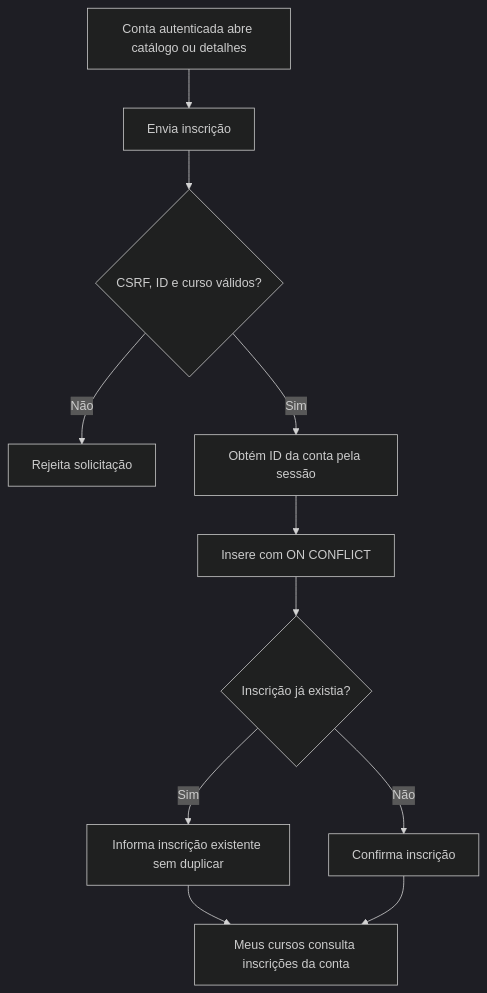
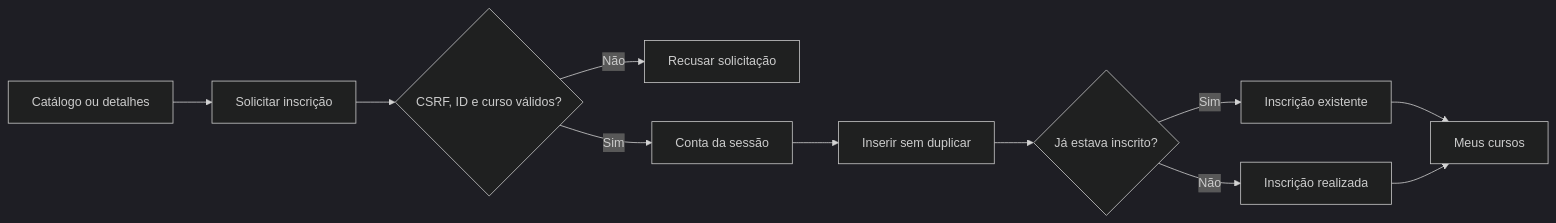
The fifth of 21 diagrams in diagrama.md (Matheus-Talasso-Gil/Impulsos-Cursos), drawn with Mermaid (dark theme) before and after one commit. The commit also changed other lines of this file and 1 other file, not shown here.

Commit message:
Atualizando o diagrama e criando o product backlog

````diff
--- a/diagrama.md
+++ b/diagrama.md
@@ -135,13 +162,13 @@
 ```mermaid
-flowchart TD
-    A[Conta autenticada abre catálogo ou detalhes] --> B[Envia inscrição]
-    B --> C{CSRF, ID e curso válidos?}
-    C -->|Não| D[Rejeita solicitação]
-    C -->|Sim| E[Obtém ID da conta pela sessão]
-    E --> F[Insere com ON CONFLICT]
-    F --> G{Inscrição já existia?}
-    G -->|Sim| H[Informa inscrição existente sem duplicar]
-    G -->|Não| I[Confirma inscrição]
-    H --> J[Meus cursos consulta inscrições da conta]
-    I --> J
+graph LR
+    Curso["Catálogo ou detalhes"] --> Inscricao["Solicitar inscrição"]
+    Inscricao --> Validar{"CSRF, ID e curso válidos?"}
+    Validar -->|Não| Erro["Recusar solicitação"]
+    Validar -->|Sim| Conta["Conta da sessão"]
+    Conta --> Banco["Inserir sem duplicar"]
+    Banco --> Duplicidade{"Já estava inscrito?"}
+    Duplicidade -->|Sim| Existe["Inscrição existente"]
+    Duplicidade -->|Não| Sucesso["Inscrição realizada"]
+    Existe --> Meus["Meus cursos"]
+    Sucesso --> Meus
 ```
````
